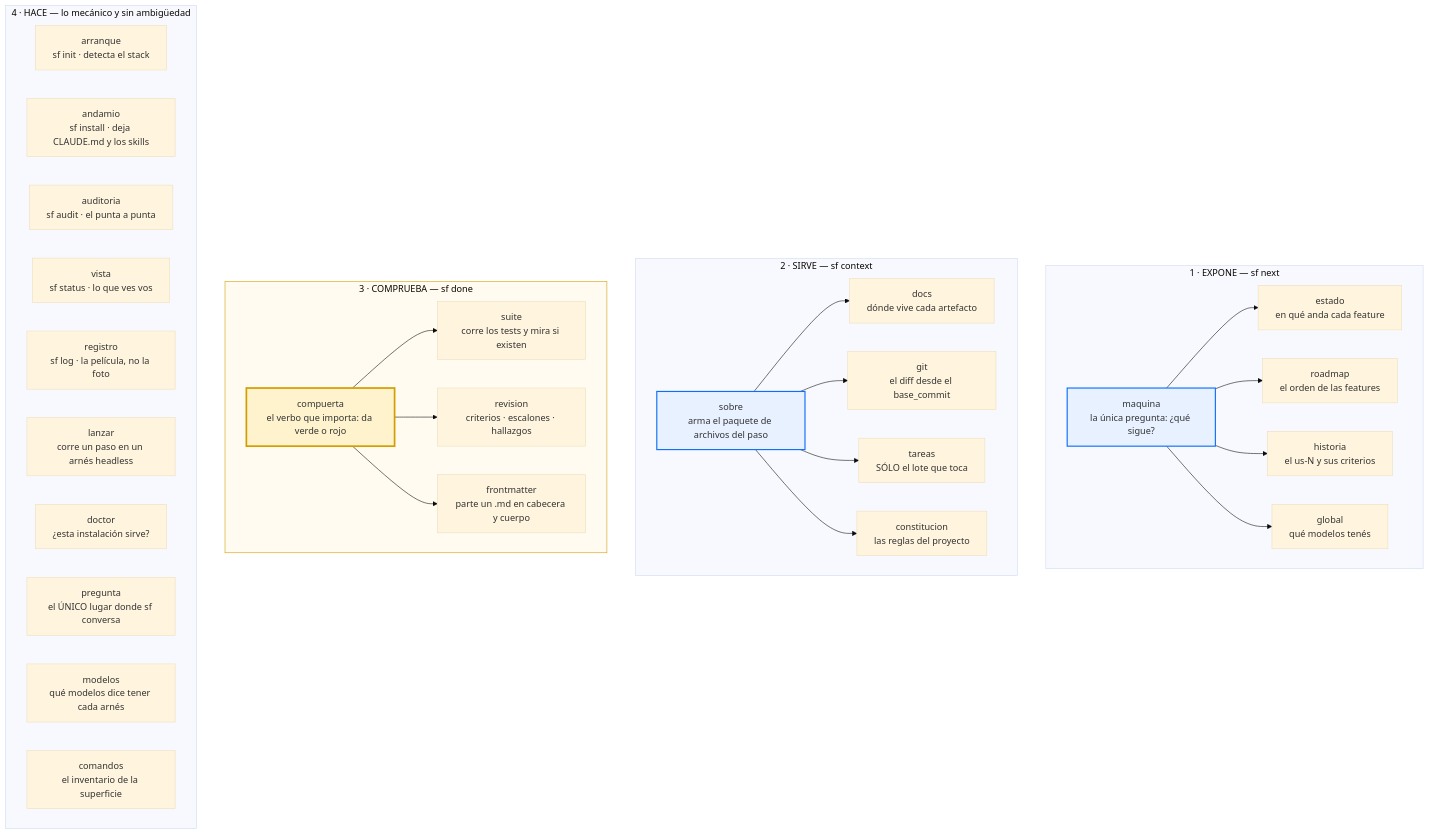
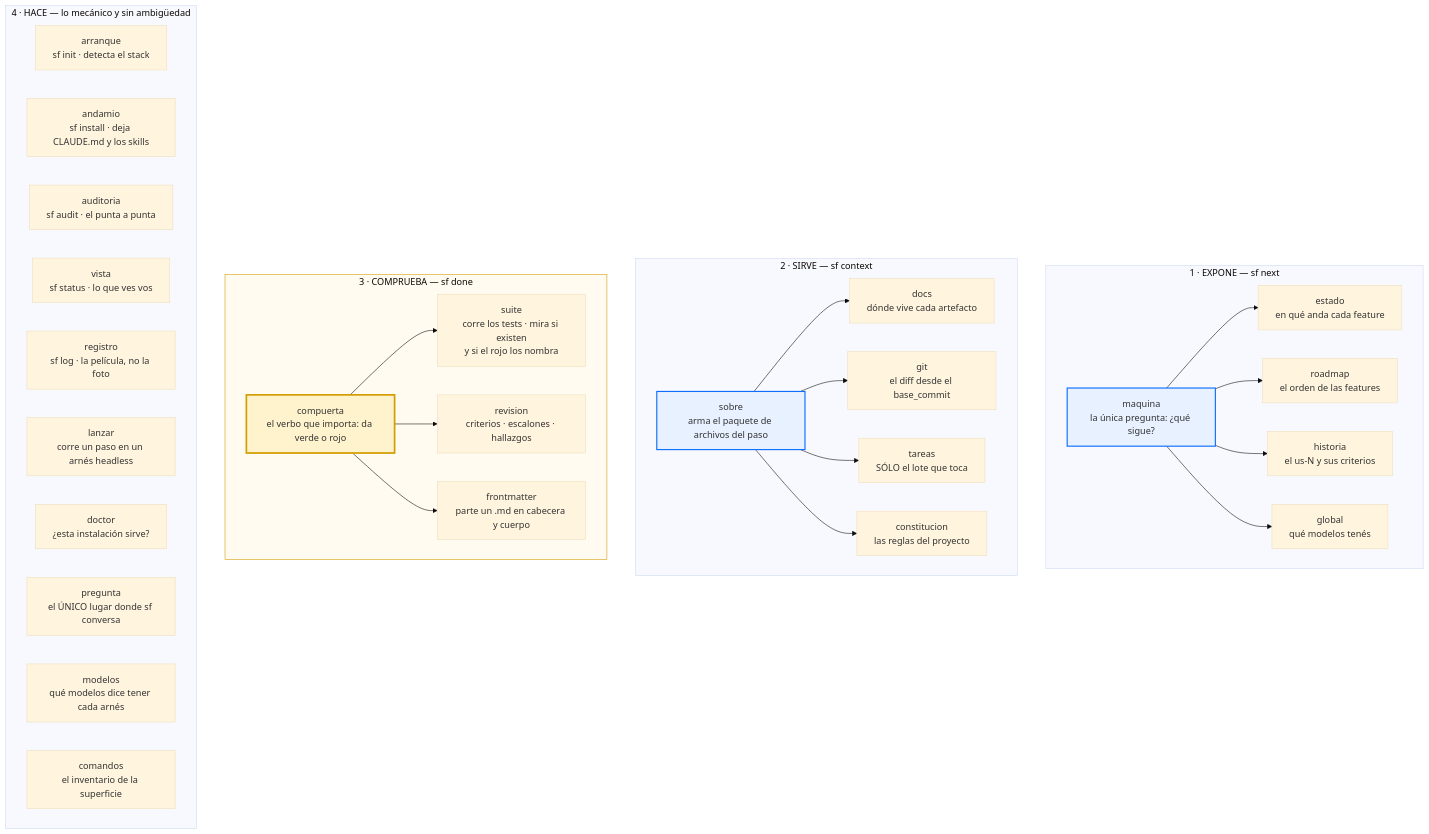
The fourth of 6 diagrams in docs/mapa-completo.md (jdbaigorria/specforge), drawn with Mermaid (base theme) before and after one commit. The commit also changed other lines of this file and 6 other files, not shown here.

````diff
--- a/docs/mapa-completo.md
+++ b/docs/mapa-completo.md
@@ -182,43 +182,43 @@
 ```mermaid
 flowchart TD
     subgraph V1 ["1 · EXPONE — sf next"]
         M["maquina<br/>la única pregunta: ¿qué sigue?"]
         M --> E1["estado<br/>en qué anda cada feature"]
         M --> R1["roadmap<br/>el orden de las features"]
         M --> H1["historia<br/>el us-N y sus criterios"]
         M --> G1["global<br/>qué modelos tenés"]
     end
 
     subgraph V2 ["2 · SIRVE — sf context"]
         SO["sobre<br/>arma el paquete de archivos del paso"]
         SO --> D1["docs<br/>dónde vive cada artefacto"]
         SO --> GI["git<br/>el diff desde el base_commit"]
         SO --> T1["tareas<br/>SÓLO el lote que toca"]
         SO --> C1["constitucion<br/>las reglas del proyecto"]
     end
 
     subgraph V3 ["3 · COMPRUEBA — sf done"]
         CO["compuerta<br/>el verbo que importa: da verde o rojo"]
-        CO --> SU["suite<br/>corre los tests y mira si existen"]
+        CO --> SU["suite<br/>corre los tests · mira si existen<br/>y si el rojo los nombra"]
         CO --> RE["revision<br/>criterios · escalones · hallazgos"]
         CO --> FM["frontmatter<br/>parte un .md en cabecera y cuerpo"]
     end
 
     subgraph V4 ["4 · HACE — lo mecánico y sin ambigüedad"]
         AR["arranque<br/>sf init · detecta el stack"]
         AN["andamio<br/>sf install · deja CLAUDE.md y los skills"]
         AU["auditoria<br/>sf audit · el punta a punta"]
         VI["vista<br/>sf status · lo que ves vos"]
         RG["registro<br/>sf log · la película, no la foto"]
         LA["lanzar<br/>corre un paso en un arnés headless"]
         DO["doctor<br/>¿esta instalación sirve?"]
         PR["pregunta<br/>el ÚNICO lugar donde sf conversa"]
         MO["modelos<br/>qué modelos dice tener cada arnés"]
         CM["comandos<br/>el inventario de la superficie"]
     end
 
     style M fill:#e7f1ff,stroke:#0d6efd,stroke-width:2px
     style SO fill:#e7f1ff,stroke:#0d6efd,stroke-width:2px
     style CO fill:#fff3cd,stroke:#d39e00,stroke-width:3px
     style V3 fill:#fffbf0,stroke:#d39e00
 ```
````
